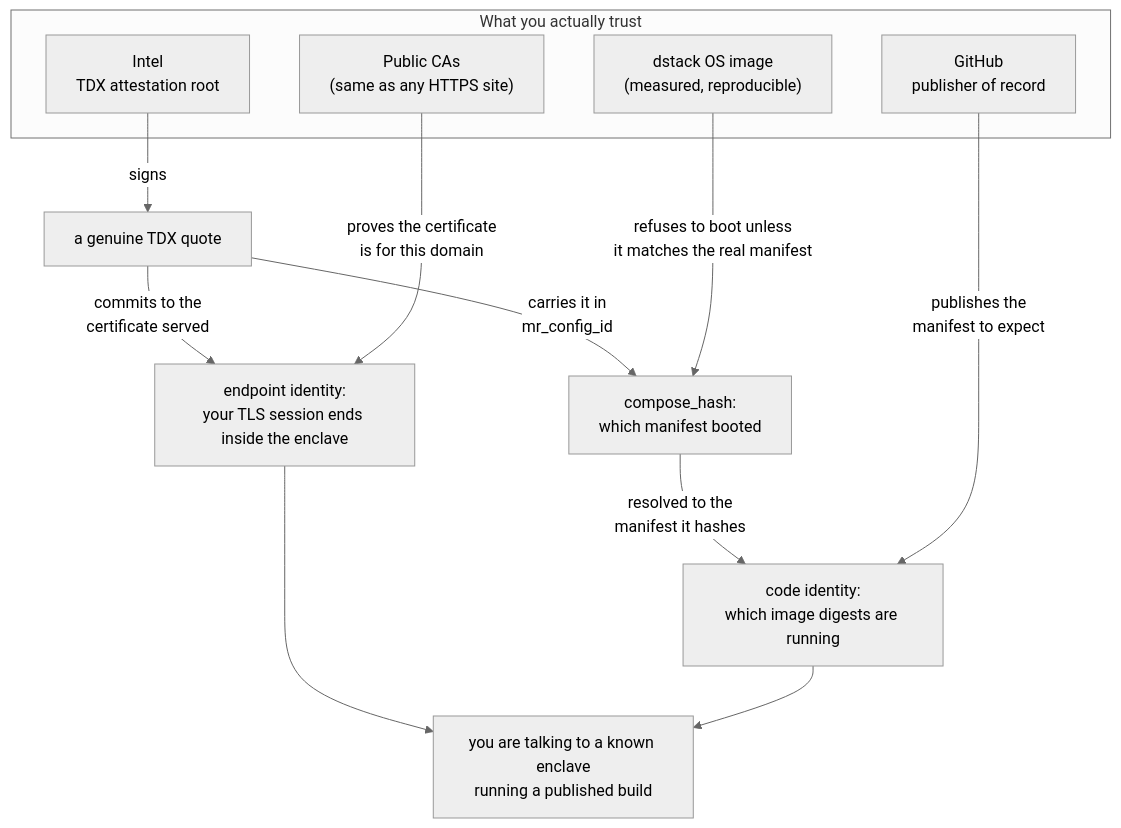
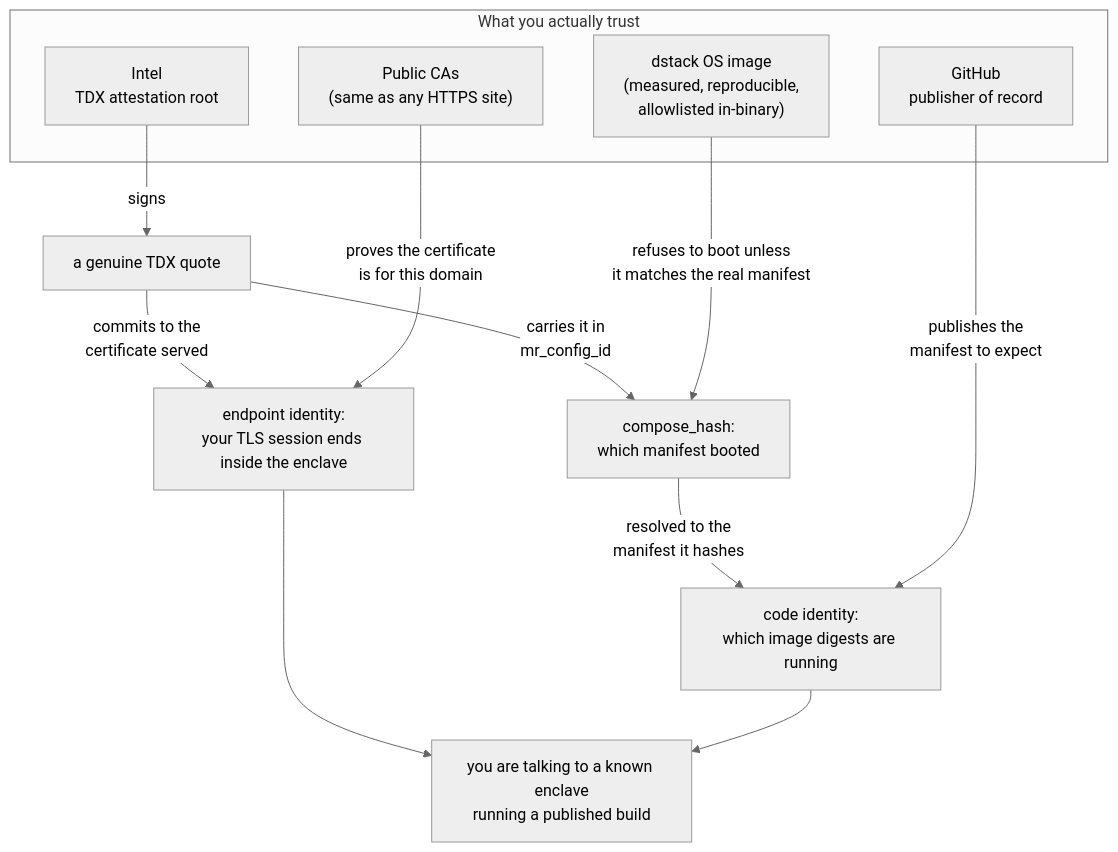
The first of 2 diagrams in docs/verifying-the-gateway.md (0gfoundation/0g-pc-e2ee), drawn with Mermaid (neutral theme) before and after one commit. The commit also changed other lines of this file and 9 other files, not shown here.

````diff
--- a/docs/verifying-the-gateway.md
+++ b/docs/verifying-the-gateway.md
@@ -63,20 +64,20 @@
 ```mermaid
 flowchart TB
     subgraph ROOTS["What you actually trust"]
         INTEL["Intel<br/>TDX attestation root"]
-        OS["dstack OS image<br/>(measured, reproducible)"]
+        OS["dstack OS image<br/>(measured, reproducible,<br/>allowlisted in-binary)"]
         GH["GitHub<br/>publisher of record"]
         CA["Public CAs<br/>(same as any HTTPS site)"]
     end
 
     INTEL -->|"signs"| Q["a genuine TDX quote"]
     Q -->|"commits to the<br/>certificate served"| EP["endpoint identity:<br/>your TLS session ends inside the enclave"]
     CA -->|"proves the certificate<br/>is for this domain"| EP
     Q -->|"carries it in<br/>mr_config_id"| CH["compose_hash:<br/>which manifest booted"]
     OS -->|"refuses to boot unless<br/>it matches the real manifest"| CH
     CH -->|"resolved to the<br/>manifest it hashes"| CODE["code identity:<br/>which image digests are running"]
     GH -->|"publishes the<br/>manifest to expect"| CODE
 
     EP --> CLAIM["you are talking to a known enclave<br/>running a published build"]
     CODE --> CLAIM
 ```
````
